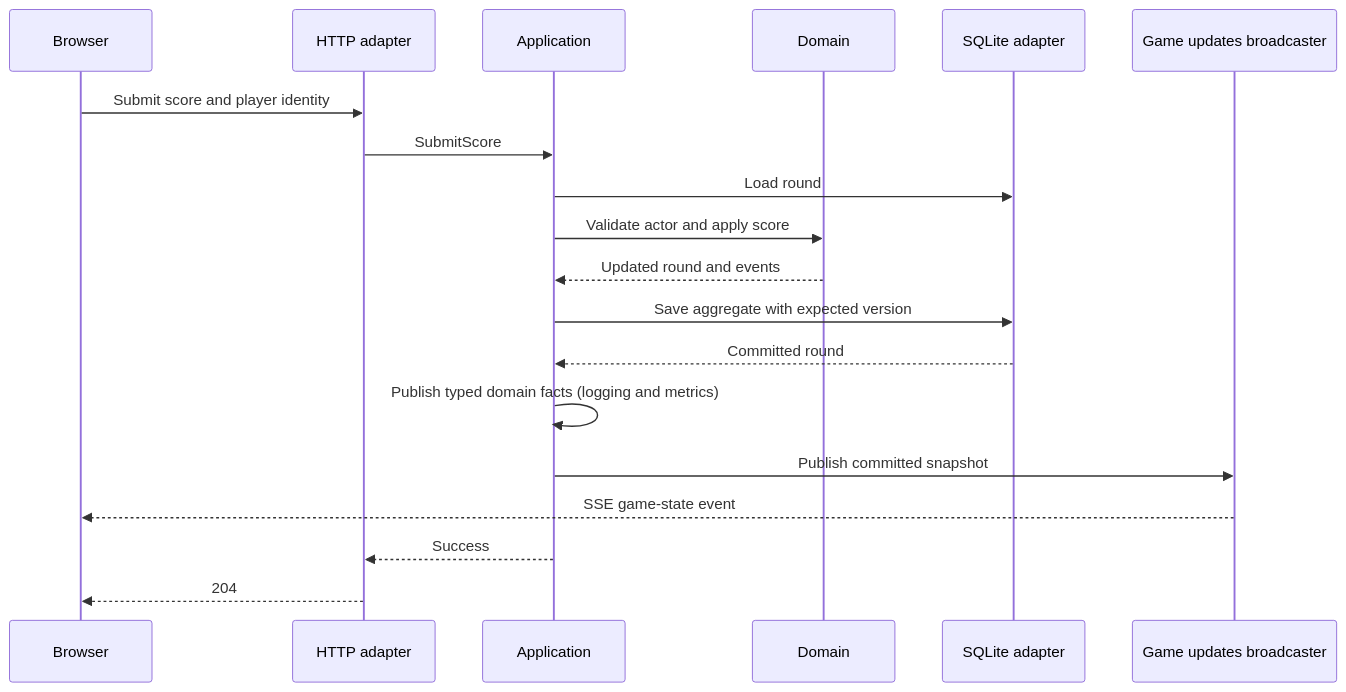
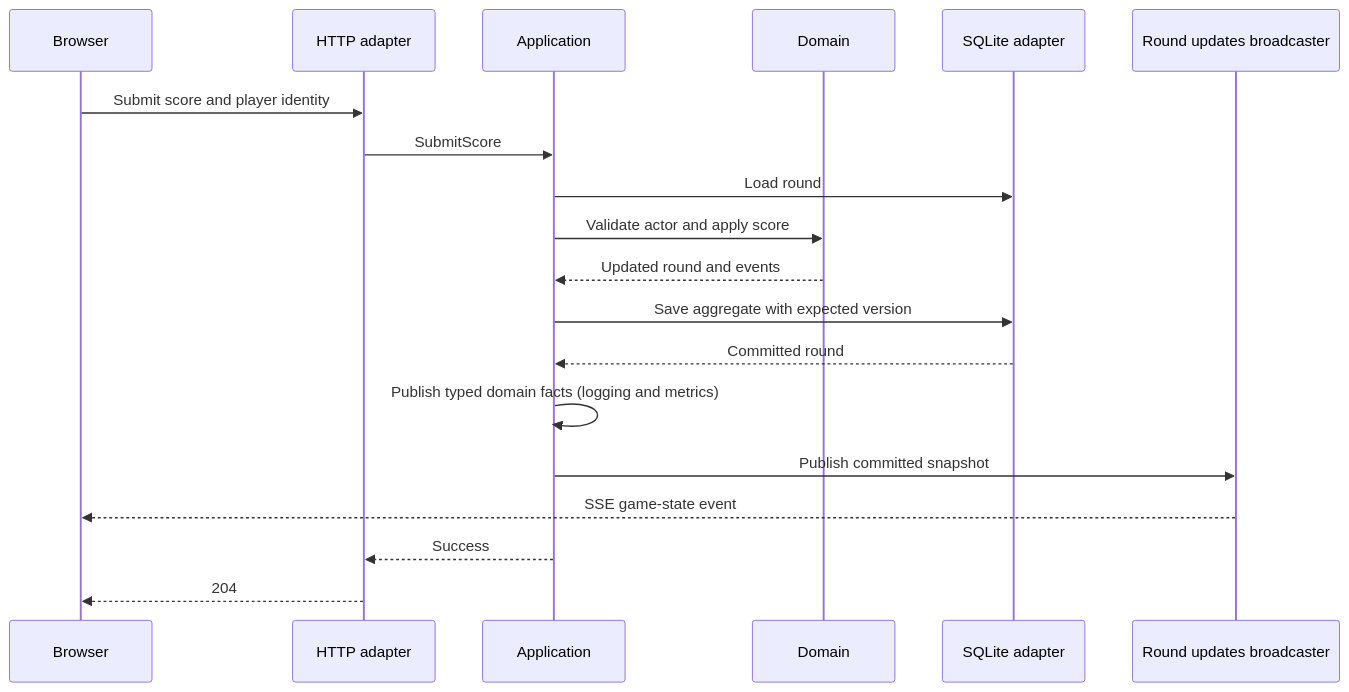
Before and after one commit to BenSuskins/pubgolf: the second of 3 diagrams in docs/ARCHITECTURE.md, drawn with Mermaid. The commit also changed other lines of this file and 19 other files, not shown here.

````diff
--- a/docs/ARCHITECTURE.md
+++ b/docs/ARCHITECTURE.md
@@ -45,21 +45,21 @@
 ```mermaid
 sequenceDiagram
     participant B as Browser
     participant H as HTTP adapter
     participant A as Application
     participant D as Domain
     participant S as SQLite adapter
-    participant L as Game updates broadcaster
+    participant L as Round updates broadcaster
     B->>H: Submit score and player identity
     H->>A: SubmitScore
     A->>S: Load round
     A->>D: Validate actor and apply score
     D-->>A: Updated round and events
     A->>S: Save aggregate with expected version
     S-->>A: Committed round
     A->>A: Publish typed domain facts (logging and metrics)
     A->>L: Publish committed snapshot
     L-->>B: SSE game-state event
     A-->>H: Success
     H-->>B: 204
 ```
````
